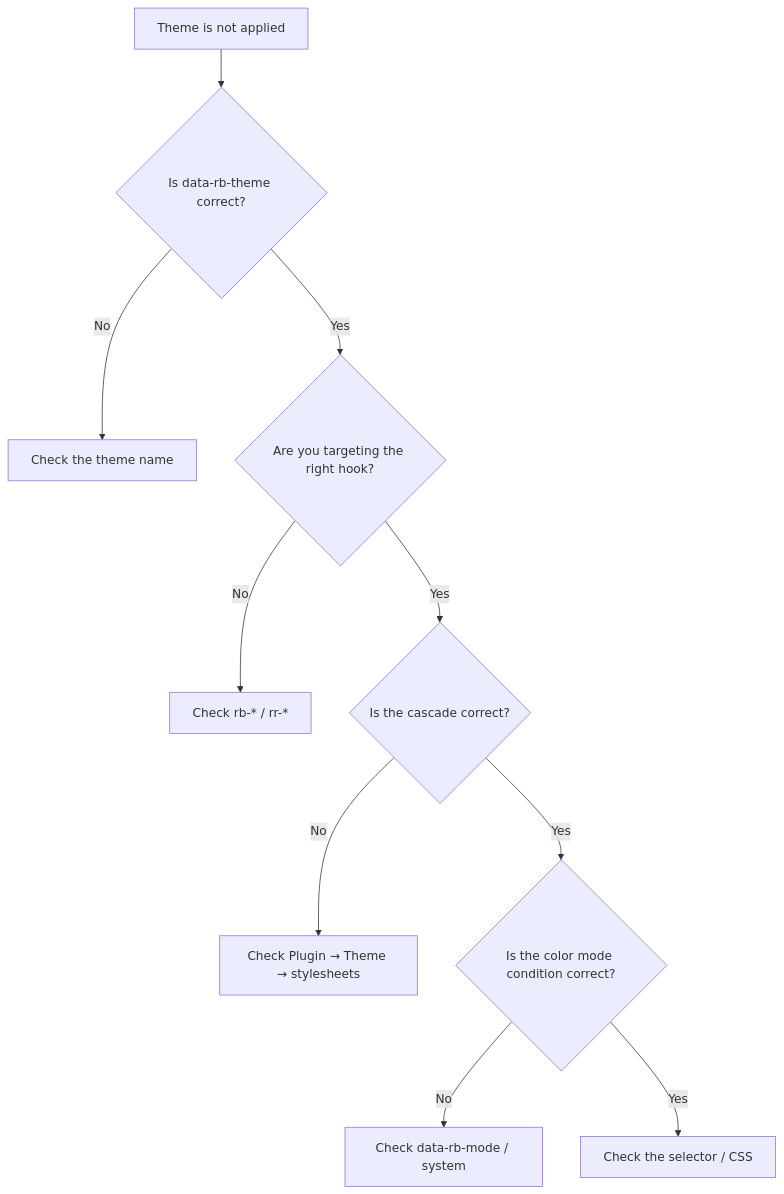
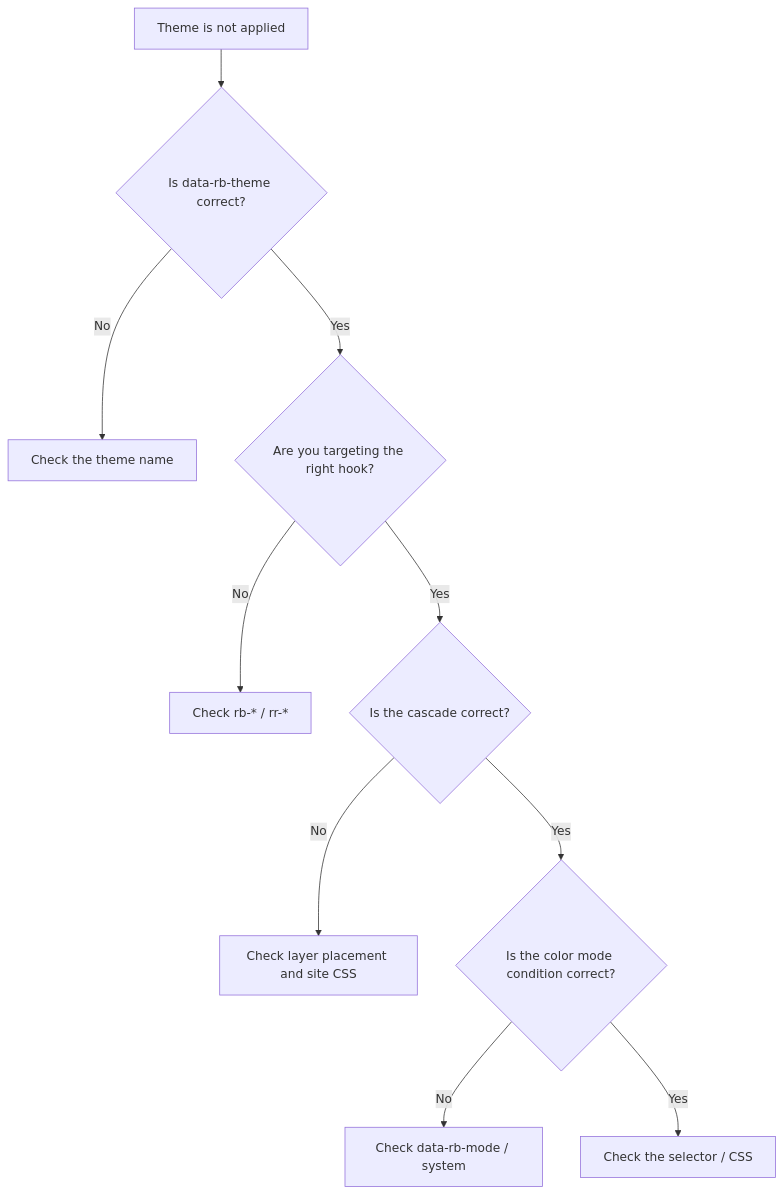
Before and after one commit to Rerurate514/riebeckite: the diagram in docs/docs/framework/theme-system/css.md, drawn with Mermaid. The commit also changed other lines of this file and 18 other files, not shown here.

````diff
--- a/docs/docs/framework/theme-system/css.md
+++ b/docs/docs/framework/theme-system/css.md
@@ -126,17 +143,17 @@
 ```mermaid
 flowchart TD
     Start["Theme is not applied"]
 
     Start --> Name{"Is data-rb-theme correct?"}
     Name -->|No| FixName["Check the theme name"]
     Name -->|Yes| Hook{"Are you targeting the right hook?"}
 
     Hook -->|No| FixHook["Check rb-* / rr-*"]
     Hook -->|Yes| Cascade{"Is the cascade correct?"}
 
-    Cascade -->|No| FixCascade["Check Plugin → Theme → stylesheets"]
+    Cascade -->|No| FixCascade["Check layer placement and site CSS"]
     Cascade -->|Yes| Mode{"Is the color mode condition correct?"}
 
     Mode -->|No| FixMode["Check data-rb-mode / system"]
     Mode -->|Yes| CSS["Check the selector / CSS"]
 ```
````
